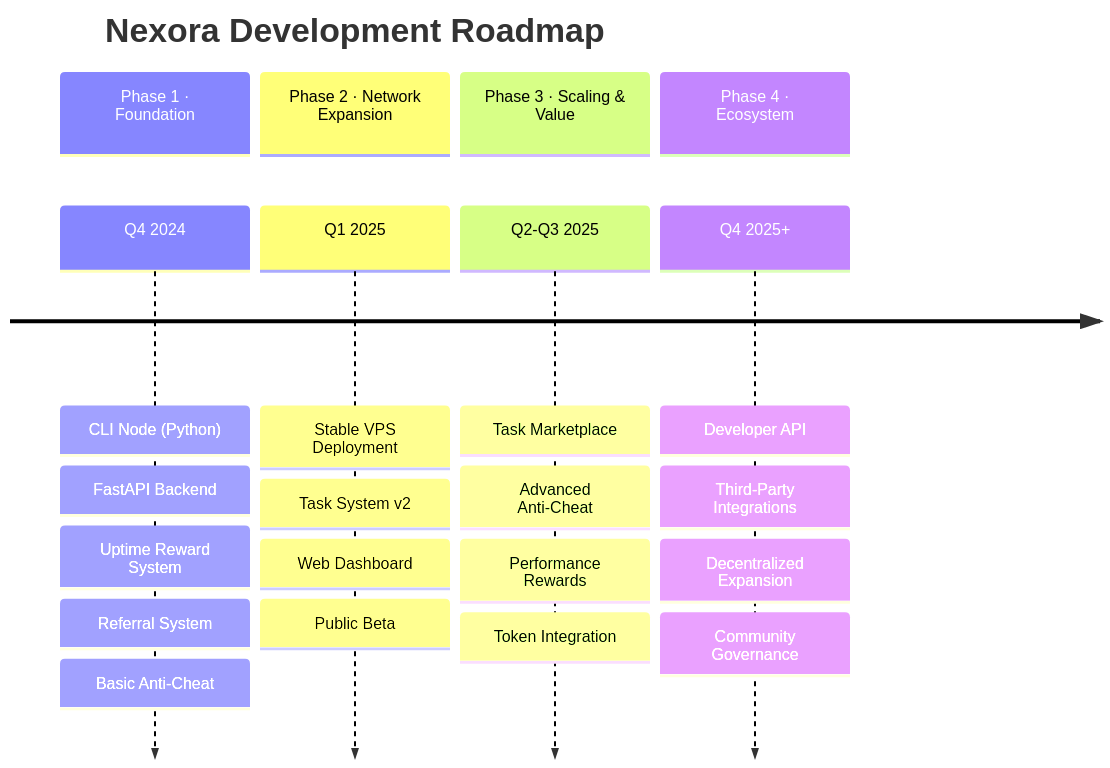
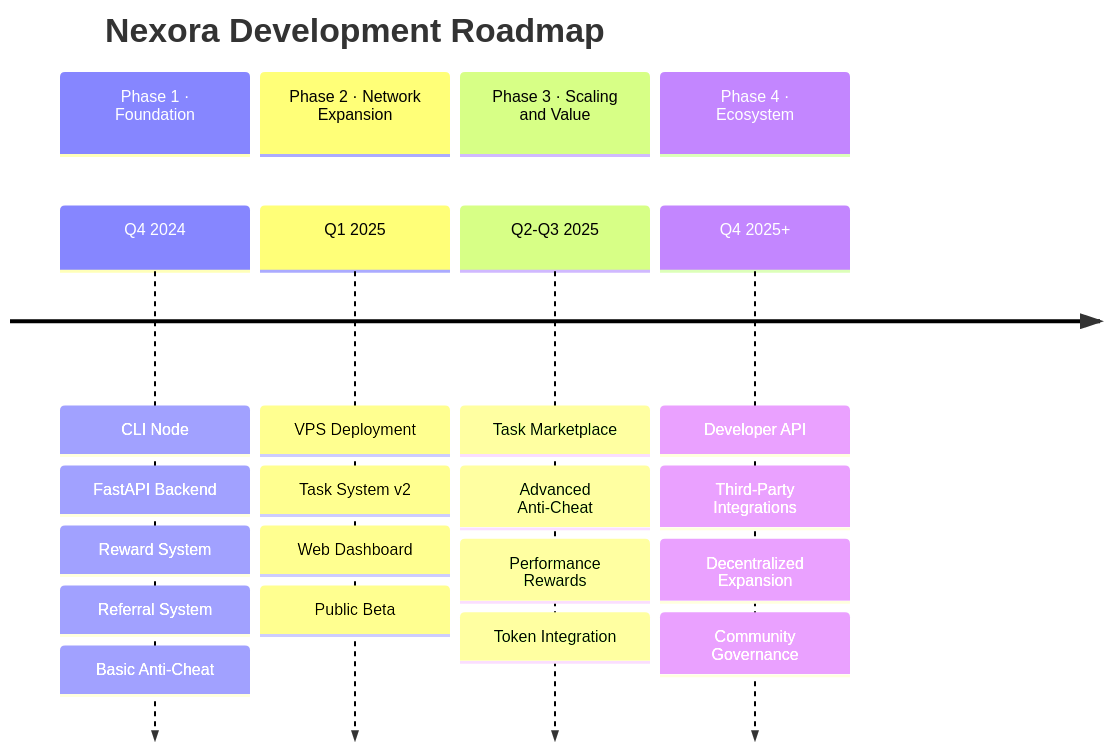
The first of 6 diagrams in roadmap.md (Nexora-Node/Docs), drawn with Mermaid before and after one commit. The commit also changed other lines of this file and 5 other files, not shown here.

Commit message:
docs: remove all custom styles, simplify diagrams for clean GitBook render

````diff
--- a/roadmap.md
+++ b/roadmap.md
@@ -9,25 +9,25 @@
 ```mermaid
 timeline
     title Nexora Development Roadmap
     section Phase 1 · Foundation
-        Q4 2024 : CLI Node (Python)
+        Q4 2024 : CLI Node
                : FastAPI Backend
-               : Uptime Reward System
+               : Reward System
                : Referral System
                : Basic Anti-Cheat
     section Phase 2 · Network Expansion
-        Q1 2025 : Stable VPS Deployment
+        Q1 2025 : VPS Deployment
                : Task System v2
                : Web Dashboard
                : Public Beta
-    section Phase 3 · Scaling & Value
+    section Phase 3 · Scaling and Value
         Q2-Q3 2025 : Task Marketplace
-                  : Advanced Anti-Cheat
-                  : Performance Rewards
-                  : Token Integration
+                   : Advanced Anti-Cheat
+                   : Performance Rewards
+                   : Token Integration
     section Phase 4 · Ecosystem
         Q4 2025+ : Developer API
-                : Third-Party Integrations
-                : Decentralized Expansion
-                : Community Governance
+                 : Third-Party Integrations
+                 : Decentralized Expansion
+                 : Community Governance
 ```
````
